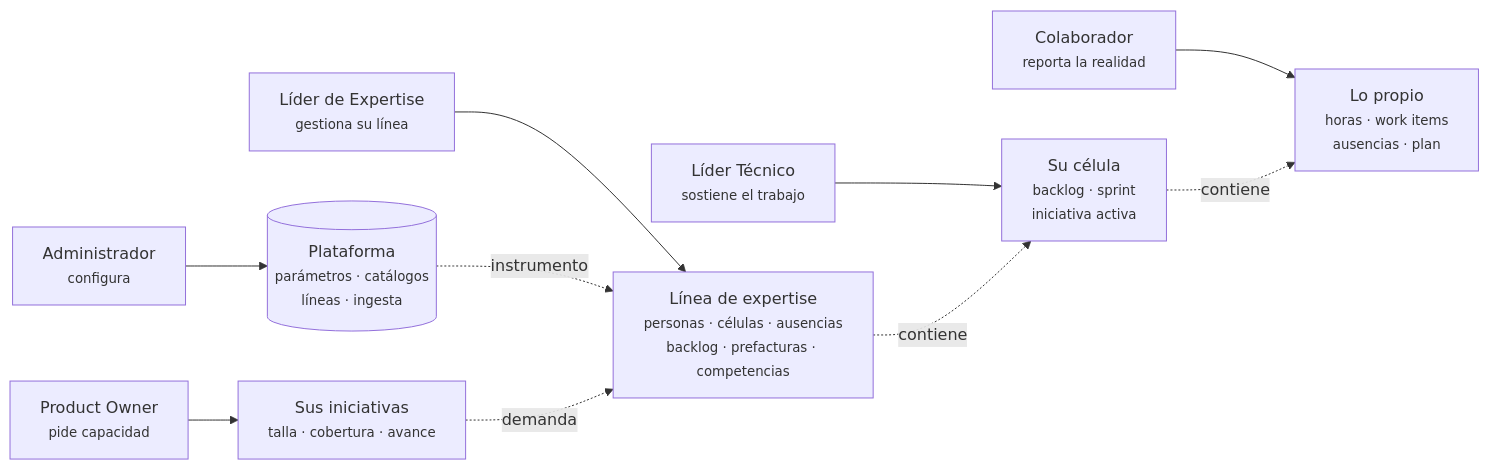
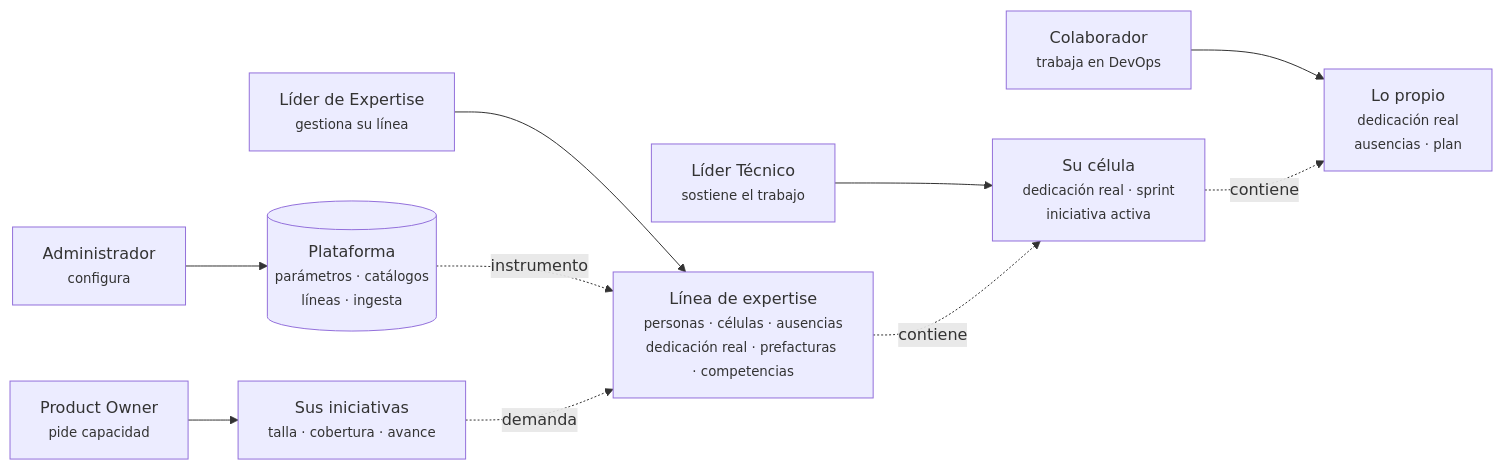
One commit to estibenlicona/anto changed the first of 17 diagrams in context/docs/Roles_y_Permisos_Plataforma.md. Above: the diagram before and after it, drawn with Mermaid. The commit also changed other lines of this file and 500 other files, not shown here.

````diff
--- a/context/docs/Roles_y_Permisos_Plataforma.md
+++ b/context/docs/Roles_y_Permisos_Plataforma.md
@@ -36,12 +36,12 @@
 ```mermaid
 flowchart LR
     ADM["Administrador<br/><small>configura</small>"] --> PLAT[("Plataforma<br/><small>parámetros · catálogos<br/>líneas · ingesta</small>")]
-    LE["Líder de Expertise<br/><small>gestiona su línea</small>"] --> LIN["Línea de expertise<br/><small>personas · células · ausencias<br/>backlog · prefacturas · competencias</small>"]
-    LT["Líder Técnico<br/><small>sostiene el trabajo</small>"] --> EQ["Su célula<br/><small>backlog · sprint<br/>iniciativa activa</small>"]
+    LE["Líder de Expertise<br/><small>gestiona su línea</small>"] --> LIN["Línea de expertise<br/><small>personas · células · ausencias<br/>dedicación real · prefacturas · competencias</small>"]
+    LT["Líder Técnico<br/><small>sostiene el trabajo</small>"] --> EQ["Su célula<br/><small>dedicación real · sprint<br/>iniciativa activa</small>"]
     PO["Product Owner<br/><small>pide capacidad</small>"] --> INI["Sus iniciativas<br/><small>talla · cobertura · avance</small>"]
-    CO["Colaborador<br/><small>reporta la realidad</small>"] --> YO["Lo propio<br/><small>horas · work items<br/>ausencias · plan</small>"]
+    CO["Colaborador<br/><small>trabaja en DevOps</small>"] --> YO["Lo propio<br/><small>dedicación real<br/>ausencias · plan</small>"]
     PLAT -.->|"instrumento"| LIN
     LIN -.->|"contiene"| EQ
     EQ -.->|"contiene"| YO
     INI -.->|"demanda"| LIN
 ```
````
